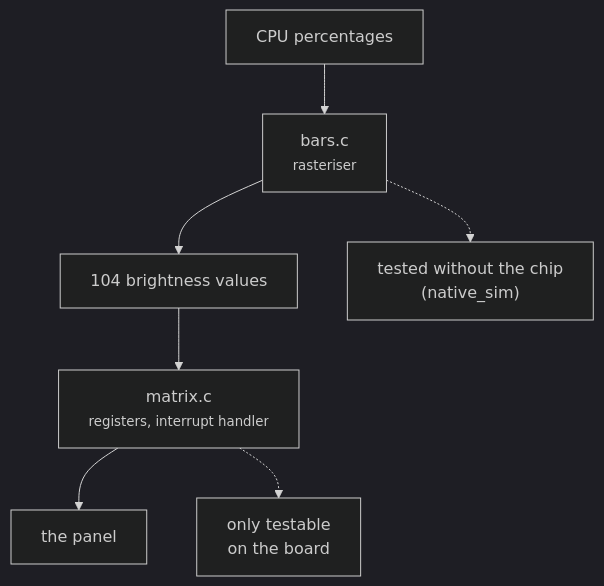
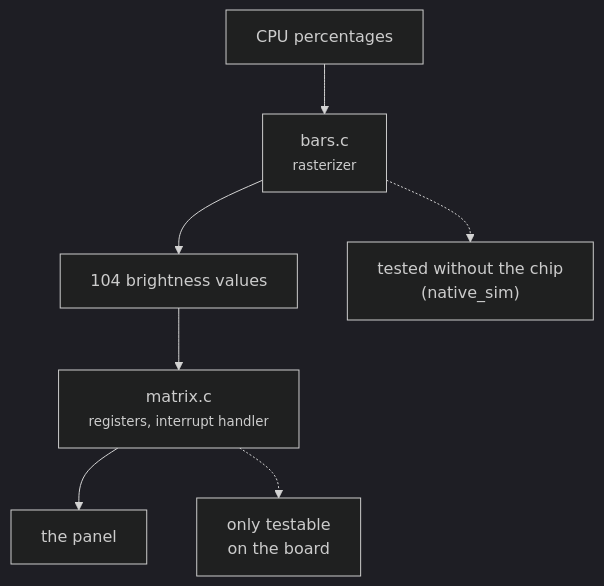
The first of 2 diagrams in docs/learn/knowing-it-works.md (jim-wyatt/two-computers-one-board), drawn with Mermaid (dark theme) before and after one commit. The commit also changed other lines of this file and 84 other files, not shown here.

````diff
--- a/docs/learn/knowing-it-works.md
+++ b/docs/learn/knowing-it-works.md
@@ -127,9 +127,9 @@
 ```mermaid
 flowchart TB
-  A["CPU percentages"] --> B["bars.c<br/><small>rasteriser</small>"]
+  A["CPU percentages"] --> B["bars.c<br/><small>rasterizer</small>"]
   B --> C["104 brightness values"]
   C --> D["matrix.c<br/><small>registers, interrupt handler</small>"]
   D --> E["the panel"]
   B -.-> T1["tested without the chip<br/>(native_sim)"]
   D -.-> T2["only testable<br/>on the board"]
 ```
````
